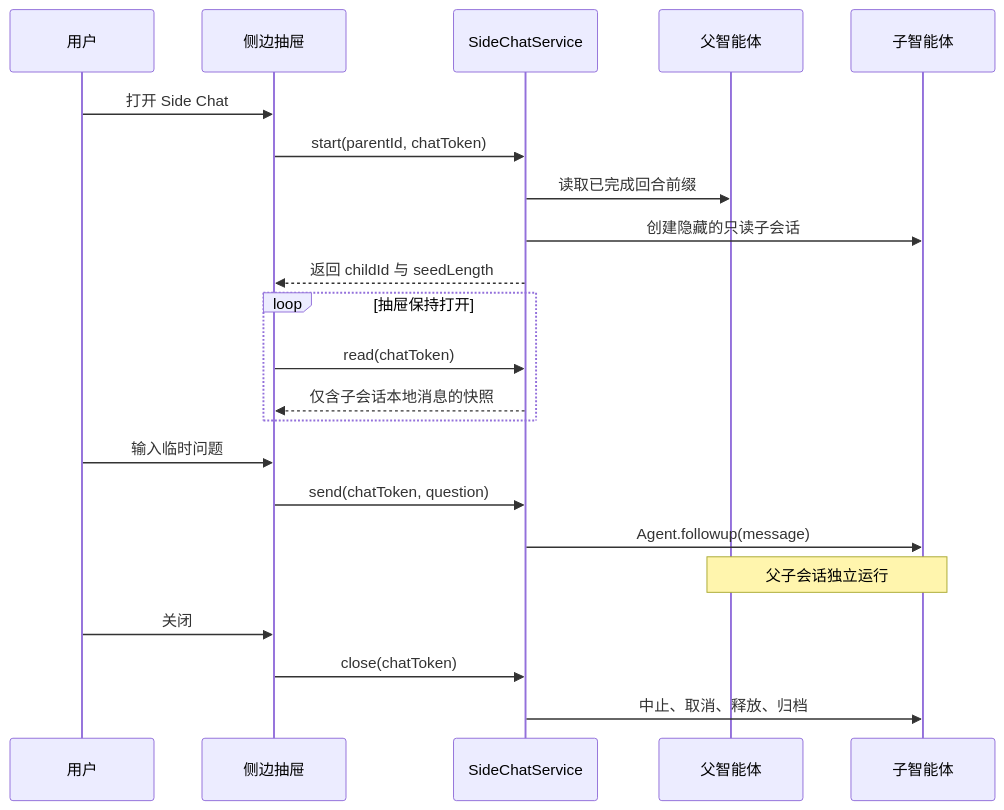
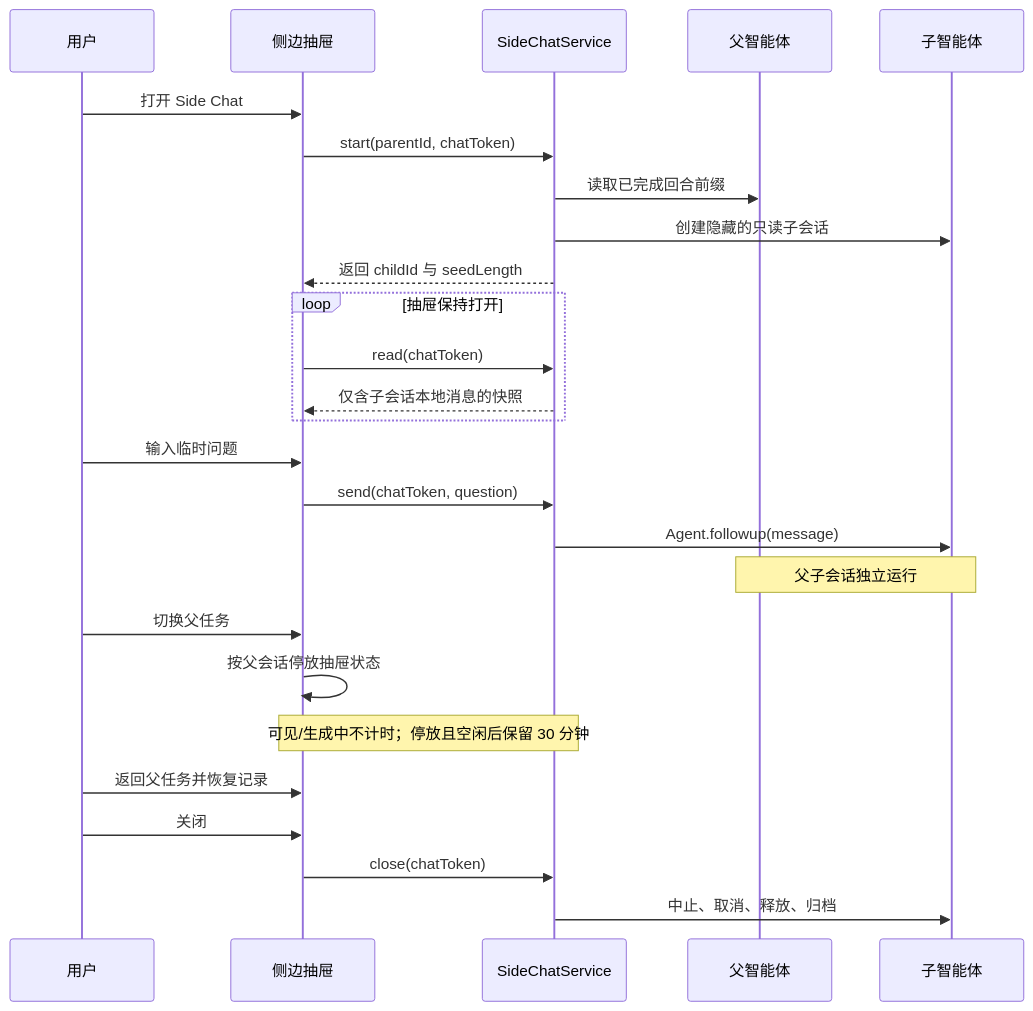
Before and after one commit to Lukeknow0/dsh-side-chat: the diagram in README.zh.md, drawn with Mermaid. The commit also changed other lines of this file and 32 other files, not shown here.

````diff
--- a/README.zh.md
+++ b/README.zh.md
@@ -101,25 +104,29 @@
 ```mermaid
 sequenceDiagram
   participant U as 用户
   participant D as 侧边抽屉
   participant H as SideChatService
   participant P as 父智能体
   participant C as 子智能体
 
   U->>D: 打开 Side Chat
   D->>H: start(parentId, chatToken)
   H->>P: 读取已完成回合前缀
   H->>C: 创建隐藏的只读子会话
   H-->>D: 返回 childId 与 seedLength
   loop 抽屉保持打开
     D->>H: read(chatToken)
     H-->>D: 仅含子会话本地消息的快照
   end
   U->>D: 输入临时问题
   D->>H: send(chatToken, question)
   H->>C: Agent.followup(message)
   Note over P,C: 父子会话独立运行
+  U->>D: 切换父任务
+  D->>D: 按父会话停放抽屉状态
+  Note over D,H: 可见/生成中不计时；停放且空闲后保留 30 分钟
+  U->>D: 返回父任务并恢复记录
   U->>D: 关闭
   D->>H: close(chatToken)
   H->>C: 中止、取消、释放、归档
 ```
````
